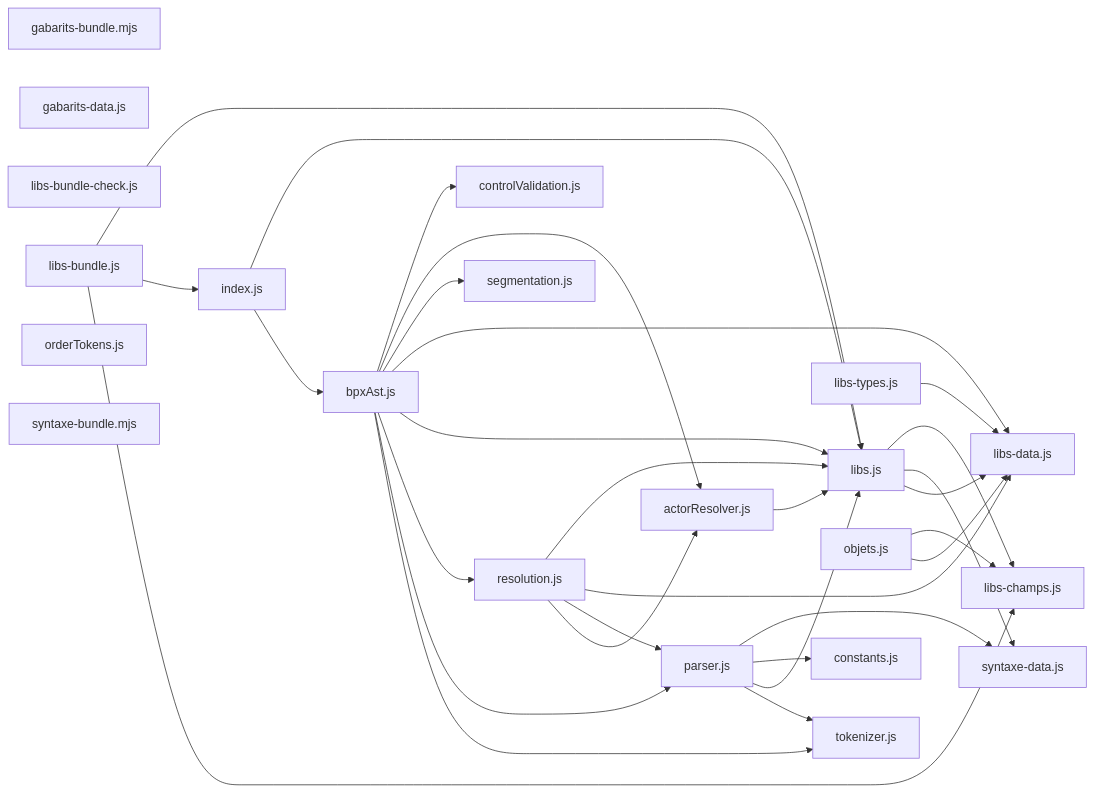
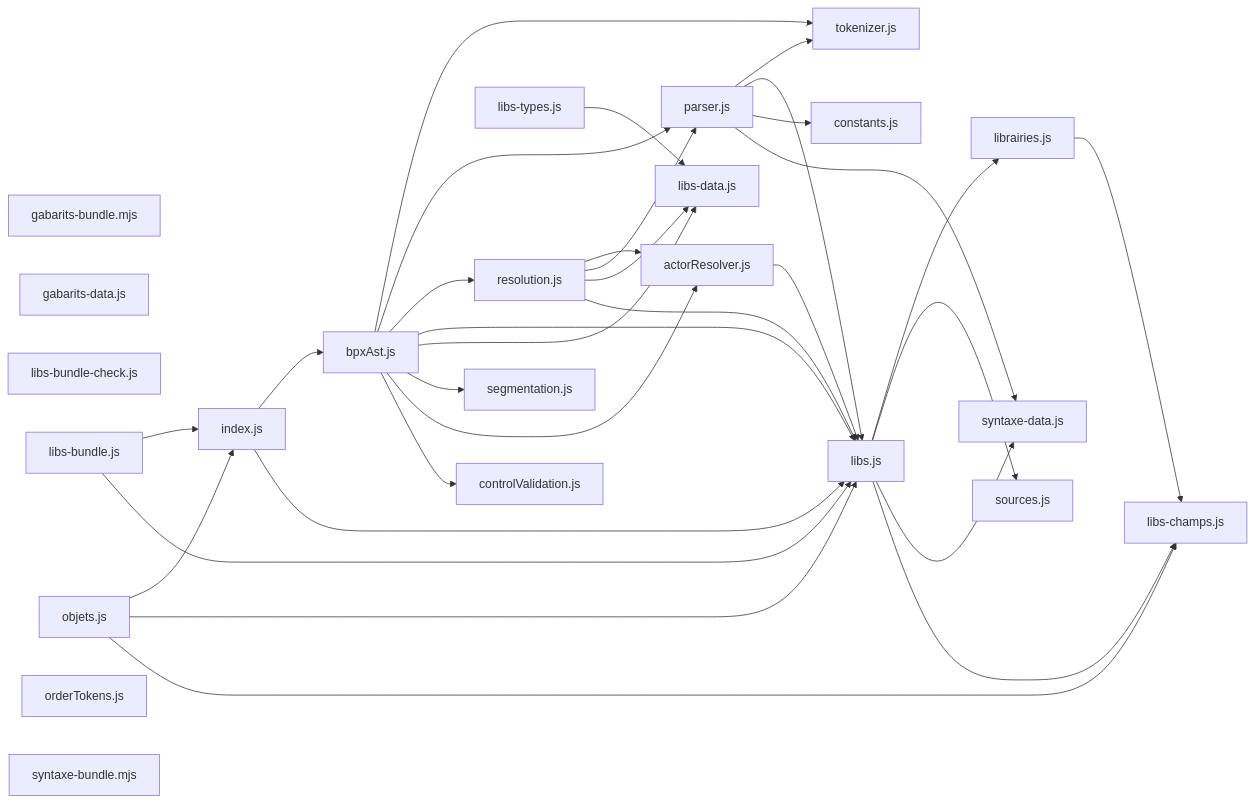
One commit to roomi-fields/BPscript changed the diagram in docs/arch/carte-reel.md. Above: the diagram before and after it, drawn with Mermaid. The commit also changed other lines of this file and 34 other files, not shown here.

````diff
--- a/docs/arch/carte-reel.md
+++ b/docs/arch/carte-reel.md
@@ -40,52 +42,56 @@
 ```mermaid
 flowchart LR
   actorResolver_js["actorResolver.js"]
   bpxAst_js["bpxAst.js"]
   constants_js["constants.js"]
   controlValidation_js["controlValidation.js"]
   gabarits_bundle_mjs["gabarits-bundle.mjs"]
   gabarits_data_js["gabarits-data.js"]
   index_js["index.js"]
+  librairies_js["librairies.js"]
   libs_bundle_check_js["libs-bundle-check.js"]
   libs_bundle_js["libs-bundle.js"]
   libs_champs_js["libs-champs.js"]
   libs_data_js["libs-data.js"]
   libs_types_js["libs-types.js"]
   libs_js["libs.js"]
   objets_js["objets.js"]
   orderTokens_js["orderTokens.js"]
   parser_js["parser.js"]
   resolution_js["resolution.js"]
   segmentation_js["segmentation.js"]
+  sources_js["sources.js"]
   syntaxe_bundle_mjs["syntaxe-bundle.mjs"]
   syntaxe_data_js["syntaxe-data.js"]
   tokenizer_js["tokenizer.js"]
   actorResolver_js --> libs_js
   bpxAst_js --> tokenizer_js
   bpxAst_js --> parser_js
   bpxAst_js --> resolution_js
   bpxAst_js --> libs_js
   bpxAst_js --> libs_data_js
   bpxAst_js --> segmentation_js
   bpxAst_js --> actorResolver_js
   bpxAst_js --> controlValidation_js
   index_js --> bpxAst_js
   index_js --> libs_js
-  libs_bundle_js --> libs_champs_js
+  librairies_js --> libs_champs_js
   libs_bundle_js --> index_js
   libs_bundle_js --> libs_js
   libs_types_js --> libs_data_js
-  libs_js --> libs_data_js
+  libs_js --> librairies_js
+  libs_js --> sources_js
   libs_js --> syntaxe_data_js
   libs_js --> libs_champs_js
-  objets_js --> libs_data_js
+  objets_js --> index_js
+  objets_js --> libs_js
   objets_js --> libs_champs_js
   parser_js --> tokenizer_js
   parser_js --> libs_js
   parser_js --> constants_js
   parser_js --> syntaxe_data_js
   resolution_js --> actorResolver_js
   resolution_js --> parser_js
   resolution_js --> libs_data_js
   resolution_js --> libs_js
 ```
````
